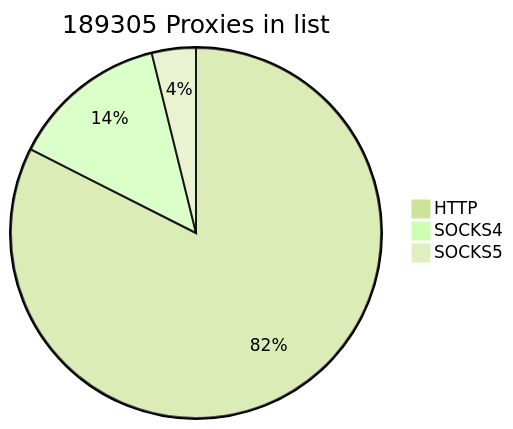
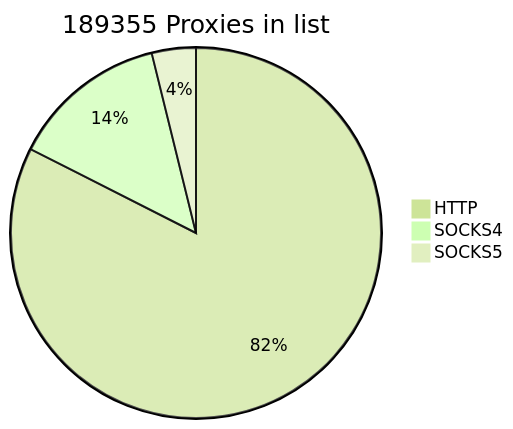
The first of 2 diagrams in README.md (cutipu/proxylist), drawn with Mermaid (forest theme) before and after one commit. The commit also changed other lines of this file, not shown here.

````diff
--- a/README.md
+++ b/README.md
@@ -2,7 +2,7 @@
 ```mermaid
-pie title 189305 Proxies in list
-    "HTTP" : 156099
+pie title 189355 Proxies in list
+    "HTTP" : 156148
     "SOCKS4" : 25930
-    "SOCKS5" : 7276
+    "SOCKS5" : 7277
             
 ```
````
